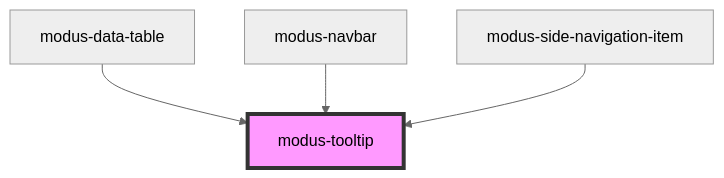
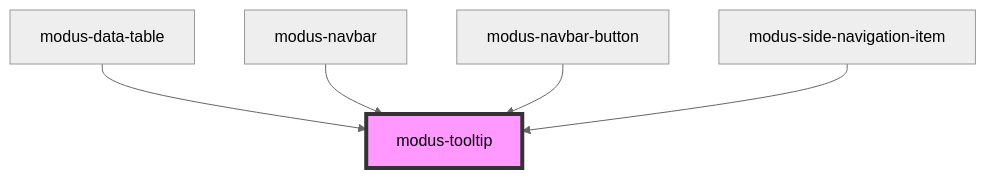
One commit to Sanket8793/modus-web-components changed the diagram in stencil-workspace/src/components/modus-tooltip/readme.md. Above: the diagram before and after it, drawn with Mermaid (neutral theme). The commit also changed other lines of this file and 18 other files, not shown here.

````diff
--- a/stencil-workspace/src/components/modus-tooltip/readme.md
+++ b/stencil-workspace/src/components/modus-tooltip/readme.md
@@ -27,7 +28,8 @@
 ```mermaid
 graph TD;
   modus-data-table --> modus-tooltip
   modus-navbar --> modus-tooltip
+  modus-navbar-button --> modus-tooltip
   modus-side-navigation-item --> modus-tooltip
   style modus-tooltip fill:#f9f,stroke:#333,stroke-width:4px
 ```
````
